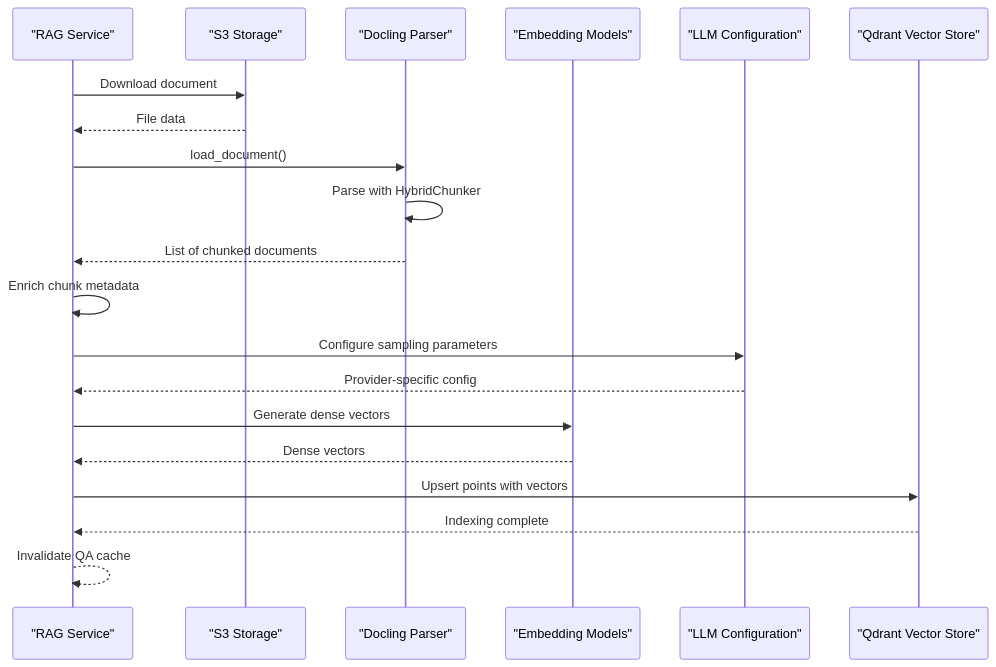
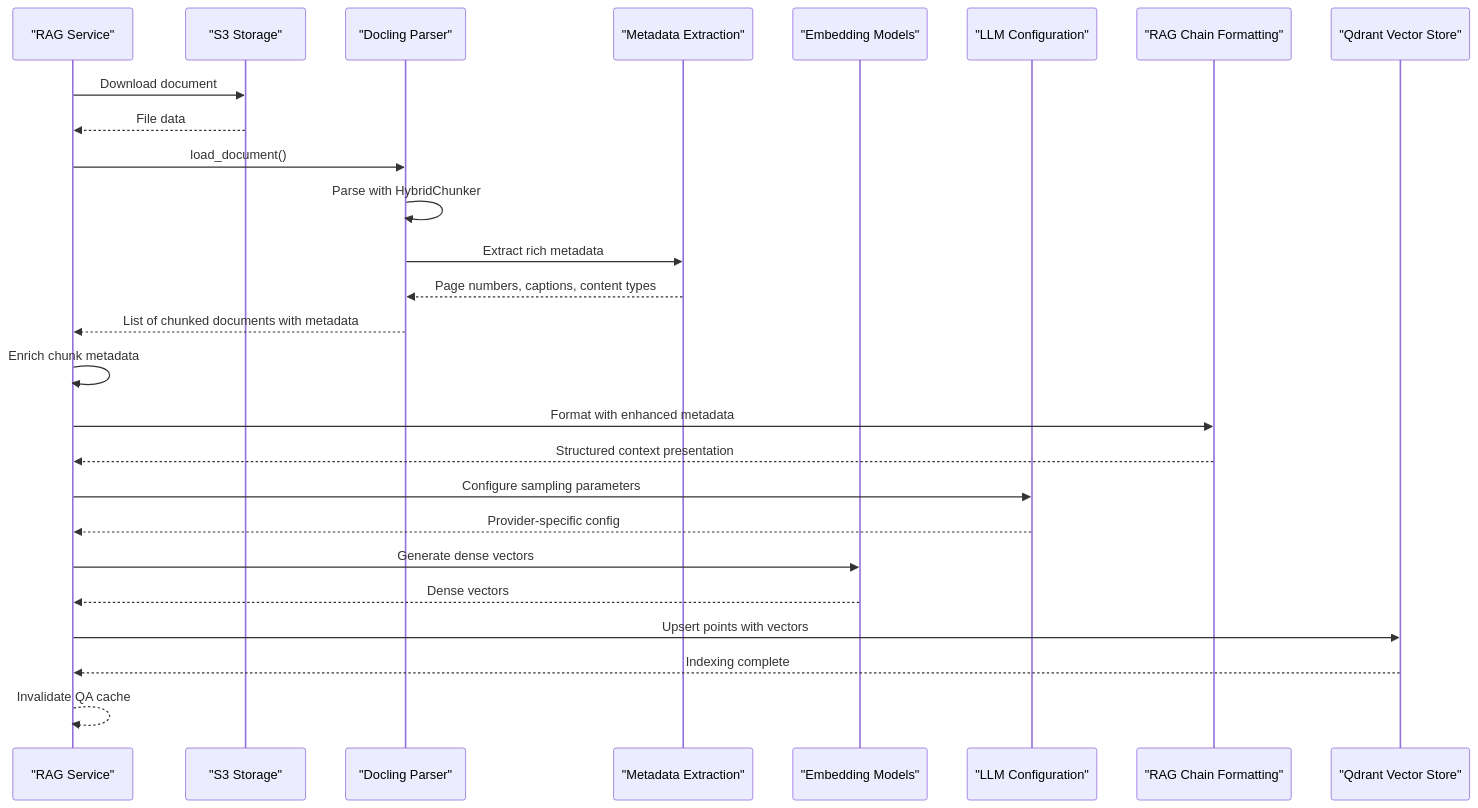
One commit to ognelis/cafetera_hr_bot changed the ninth of 11 diagrams in .qoder/repowiki/en/content/RAG Integration/RAG Parser Enhancement.md. Above: the diagram before and after it, drawn with Mermaid. The commit also changed other lines of this file and 13 other files, not shown here.

````diff
--- a/.qoder/repowiki/en/content/RAG Integration/RAG Parser Enhancement.md
+++ b/.qoder/repowiki/en/content/RAG Integration/RAG Parser Enhancement.md
@@ -318,22 +411,28 @@
 ```mermaid
 sequenceDiagram
 participant Service as "RAG Service"
 participant S3 as "S3 Storage"
 participant Parser as "Docling Parser"
+participant Metadata as "Metadata Extraction"
 participant Embeddings as "Embedding Models"
 participant LLMConfig as "LLM Configuration"
+participant RAGChain as "RAG Chain Formatting"
 participant Qdrant as "Qdrant Vector Store"
 Service->>S3 : Download document
 S3-->>Service : File data
 Service->>Parser : load_document()
 Parser->>Parser : Parse with HybridChunker
-Parser-->>Service : List of chunked documents
+Parser->>Metadata : Extract rich metadata
+Metadata-->>Parser : Page numbers, captions, content types
+Parser-->>Service : List of chunked documents with metadata
 Service->>Service : Enrich chunk metadata
+Service->>RAGChain : Format with enhanced metadata
+RAGChain-->>Service : Structured context presentation
 Service->>LLMConfig : Configure sampling parameters
 LLMConfig-->>Service : Provider-specific config
 Service->>Embeddings : Generate dense vectors
 Embeddings-->>Service : Dense vectors
 Service->>Qdrant : Upsert points with vectors
 Qdrant-->>Service : Indexing complete
 Service-->>Service : Invalidate QA cache
 ```
````
